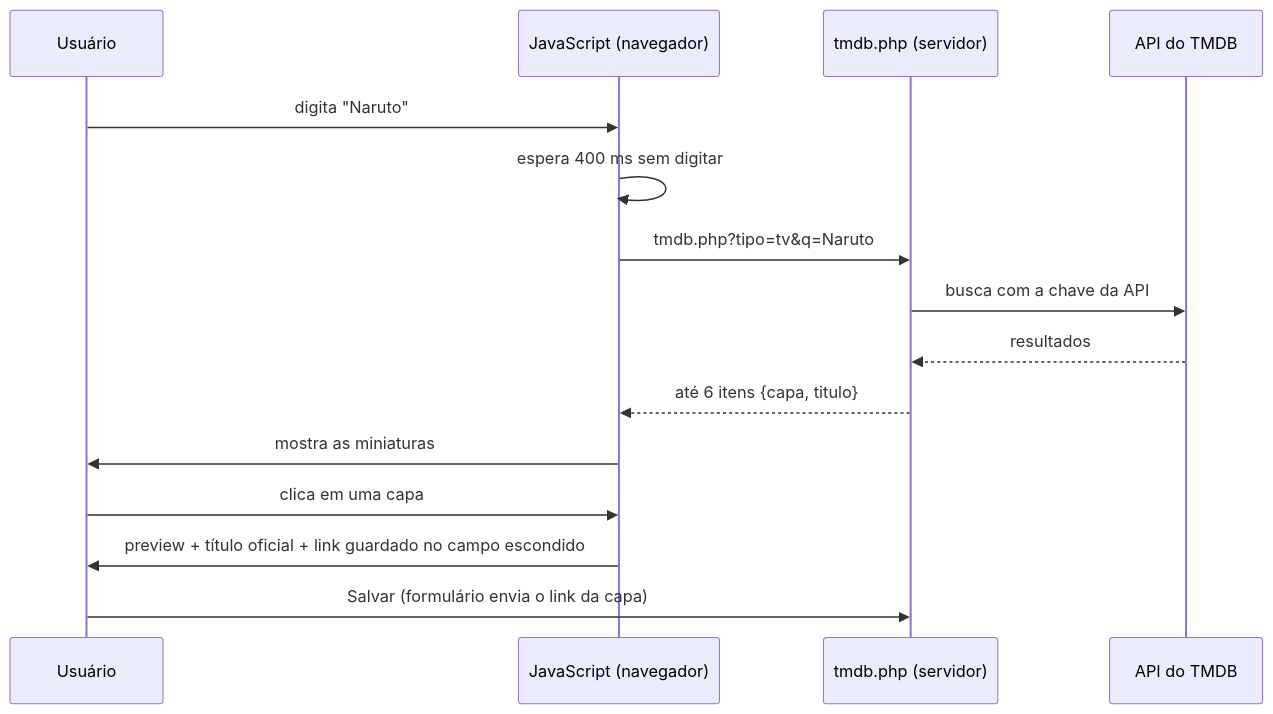
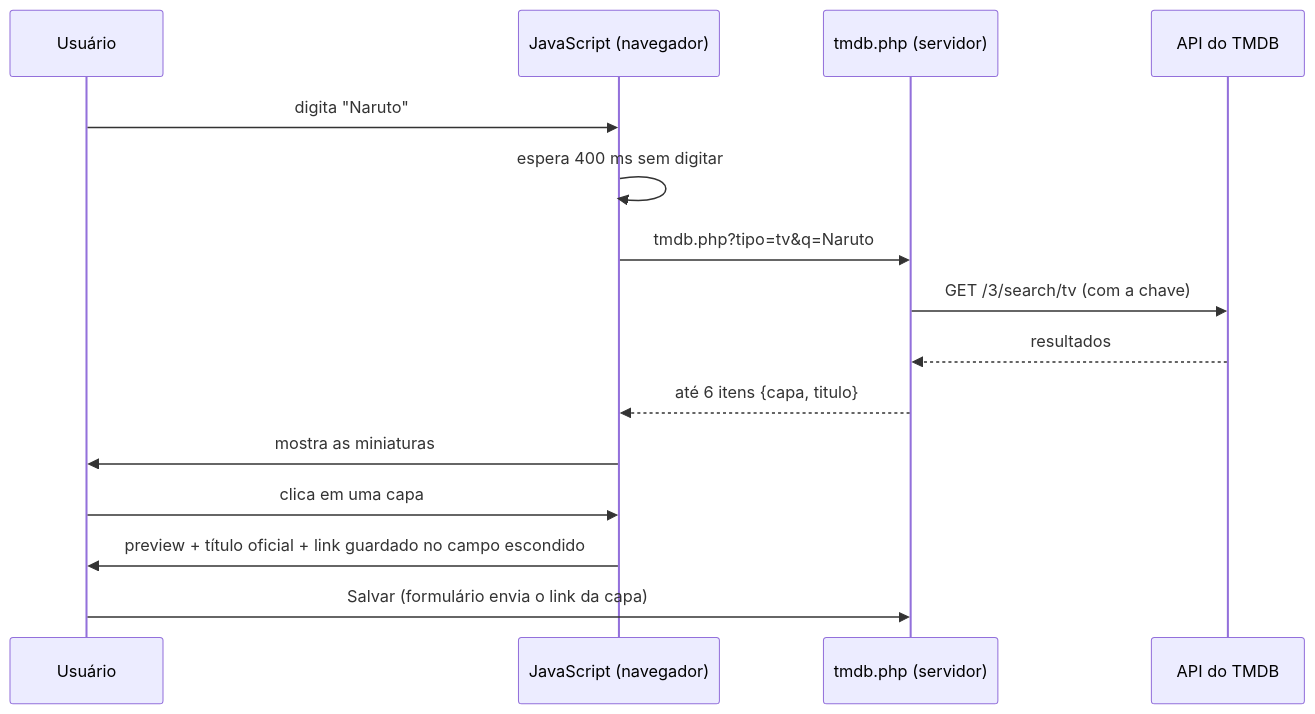
One commit to joaohso19/StreamList changed the second of 3 diagrams in README.md. Above: the diagram before and after it, drawn with Mermaid. The commit also changed other lines of this file, not shown here.

````diff
--- a/README.md
+++ b/README.md
@@ -267,18 +375,18 @@
 ```mermaid
 sequenceDiagram
     participant U as Usuário
     participant JS as JavaScript (navegador)
     participant PHP as tmdb.php (servidor)
     participant API as API do TMDB
 
     U->>JS: digita "Naruto"
     JS->>JS: espera 400 ms sem digitar
     JS->>PHP: tmdb.php?tipo=tv&q=Naruto
-    PHP->>API: busca com a chave da API
+    PHP->>API: GET /3/search/tv (com a chave)
     API-->>PHP: resultados
     PHP-->>JS: até 6 itens {capa, titulo}
     JS->>U: mostra as miniaturas
     U->>JS: clica em uma capa
     JS->>U: preview + título oficial + link guardado no campo escondido
     U->>PHP: Salvar (formulário envia o link da capa)
 ```
````
